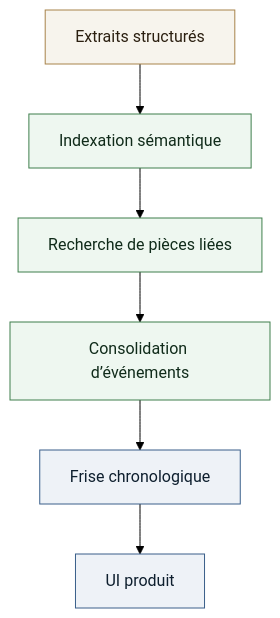
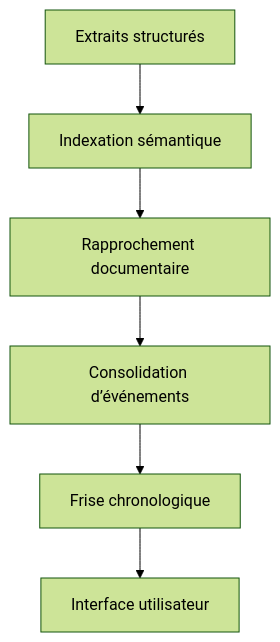
One commit to EnzoTheBrown/me changed the second of 2 diagrams in showcases/3b839113578a4415876652505142aa07.md. Above: the diagram before and after it, drawn with Mermaid (forest theme). The commit also changed other lines of this file, not shown here.

````diff
--- a/showcases/3b839113578a4415876652505142aa07.md
+++ b/showcases/3b839113578a4415876652505142aa07.md
@@ -44,12 +131,8 @@
 ```mermaid
 flowchart TB
-  classDef data fill:#f7f4ed,stroke:#a8834a,stroke-width:1px,color:#2b1f10
-  classDef compute fill:#eef7f0,stroke:#3f7f4c,stroke-width:1px,color:#102b1a
-  classDef deploy fill:#eef2f7,stroke:#3a5f8a,stroke-width:1px,color:#0e1f2e
-
-  A[Extraits structurés]:::data --> B[Indexation sémantique]:::compute
-  B --> C[Recherche de pièces liées]:::compute
-  C --> D[Consolidation d’événements]:::compute
-  D --> E[Frise chronologique]:::deploy
-  E --> F[UI produit]:::deploy
+  A[Extraits structurés] --> B[Indexation sémantique]
+  B --> C[Rapprochement documentaire]
+  C --> D[Consolidation d’événements]
+  D --> E[Frise chronologique]
+  E --> F[Interface utilisateur]
 ```
````
